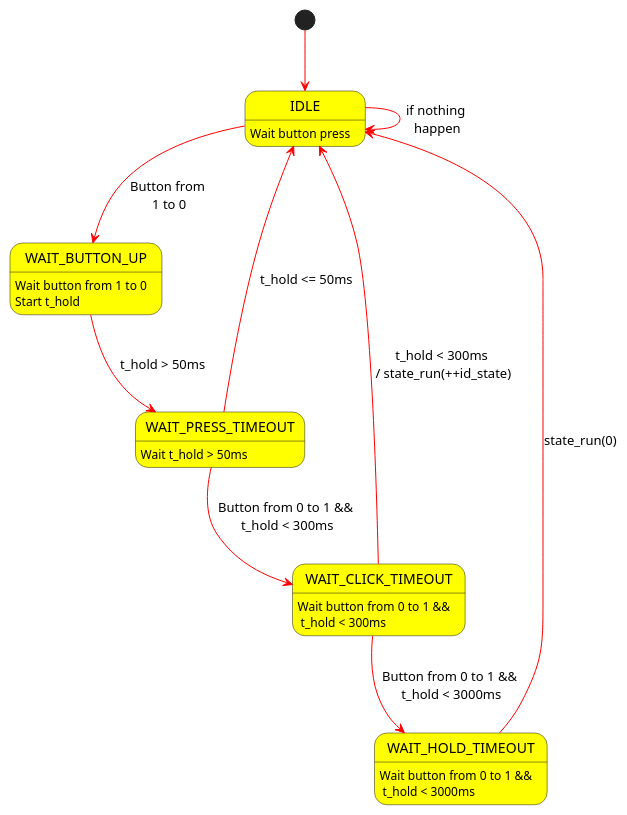
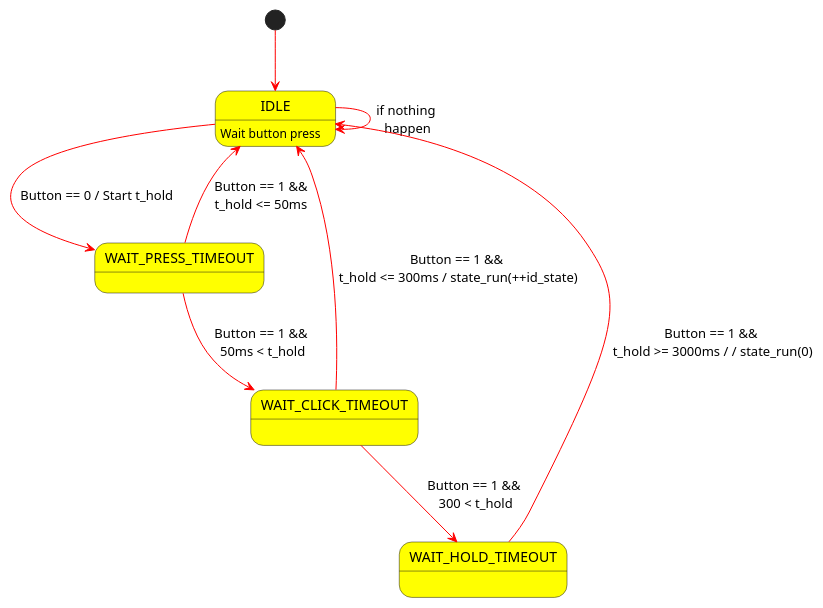
Before and after one commit to hieutran-itr-intern/STM32F103C6T8: the diagram in PlantUML/FSM_GPIO.pu, drawn with PlantUML. The commit also changed 4 other files, not shown here.

```diff
--- a/PlantUML/FSM_GPIO.pu
+++ b/PlantUML/FSM_GPIO.pu
@@ -1,23 +1,19 @@
 @startuml
 skinparam arrowcolor red
 skinparam stateBackgroundColor yellow  
 
 [*] --> IDLE
 IDLE: Wait button press
-WAIT_BUTTON_UP: Wait button from 1 to 0\nStart t_hold
-WAIT_PRESS_TIMEOUT: Wait t_hold > 50ms
-WAIT_CLICK_TIMEOUT: Wait button from 0 to 1 &&\n t_hold < 300ms
-WAIT_HOLD_TIMEOUT: Wait button from 0 to 1 &&\n t_hold < 3000ms
-
-IDLE --> WAIT_BUTTON_UP: Button from\n 1 to 0
-WAIT_BUTTON_UP --> WAIT_PRESS_TIMEOUT: t_hold > 50ms
-WAIT_PRESS_TIMEOUT --> WAIT_CLICK_TIMEOUT: Button from 0 to 1 &&\n t_hold < 300ms
-WAIT_CLICK_TIMEOUT --> WAIT_HOLD_TIMEOUT: Button from 0 to 1 &&\n t_hold < 3000ms
+WAIT_CLICK_TIMEOUT:
+WAIT_HOLD_TIMEOUT:
+IDLE --> WAIT_PRESS_TIMEOUT: Button == 0 / Start t_hold
+WAIT_PRESS_TIMEOUT --> WAIT_CLICK_TIMEOUT: Button == 1 &&\n 50ms < t_hold
+WAIT_CLICK_TIMEOUT --> WAIT_HOLD_TIMEOUT: Button == 1 &&\n 300 < t_hold
 
 IDLE --> IDLE: if nothing\n happen
-WAIT_PRESS_TIMEOUT --> IDLE: t_hold <= 50ms
-WAIT_CLICK_TIMEOUT --> IDLE: t_hold < 300ms\n / state_run(++id_state)
-WAIT_HOLD_TIMEOUT --> IDLE: state_run(0) 
+WAIT_PRESS_TIMEOUT --> IDLE: Button == 1 &&\nt_hold <= 50ms
+WAIT_CLICK_TIMEOUT --> IDLE: Button == 1 &&\n t_hold <= 300ms / state_run(++id_state)
+WAIT_HOLD_TIMEOUT --> IDLE: Button == 1 &&\n t_hold >= 3000ms / / state_run(0) 
 
 
 @enduml
```
